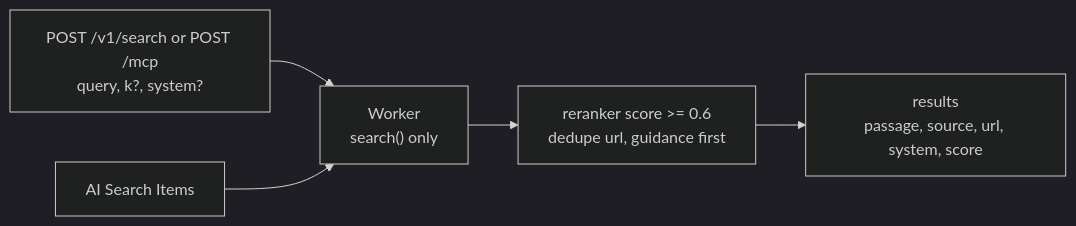
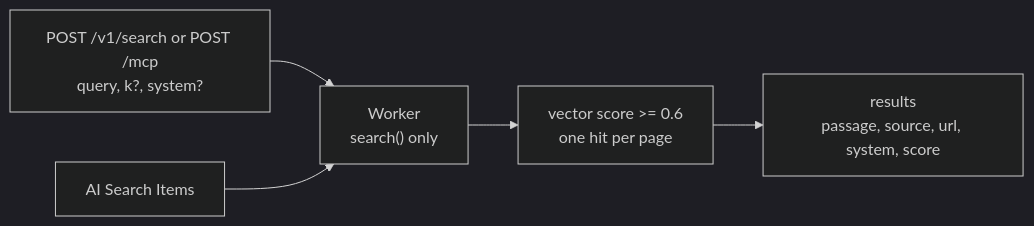
The second of 2 diagrams in docs/architecture.md (SiTaggart/design-guide), drawn with Mermaid (dark theme) before and after one commit. The commit also changed other lines of this file and 21 other files, not shown here.

````diff
--- a/docs/architecture.md
+++ b/docs/architecture.md
@@ -34,7 +34,7 @@
 ```mermaid
 flowchart LR
   q["POST /v1/search or POST /mcp\nquery, k?, system?"] --> worker["Worker\nsearch() only"]
   items["AI Search Items"] --> worker
-  worker --> filter["reranker score >= 0.6\ndedupe url, guidance first"]
+  worker --> filter["vector score >= 0.6\none hit per page"]
   filter --> json["results\npassage, source, url, system, score"]
 ```
````
